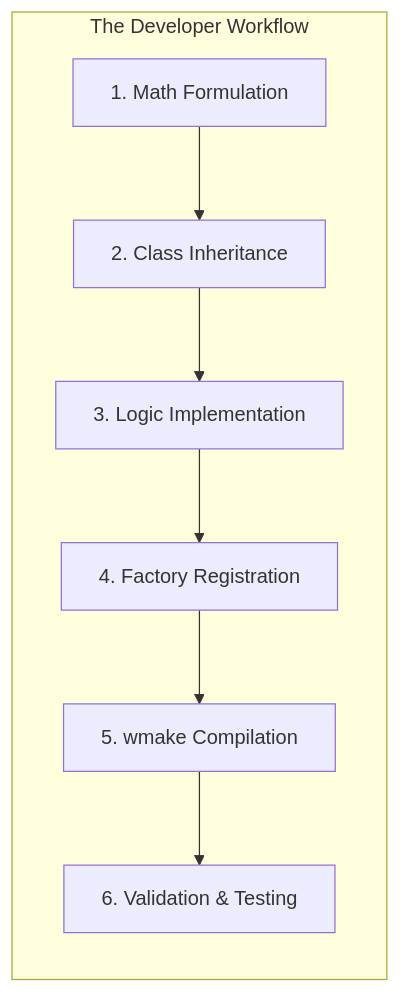
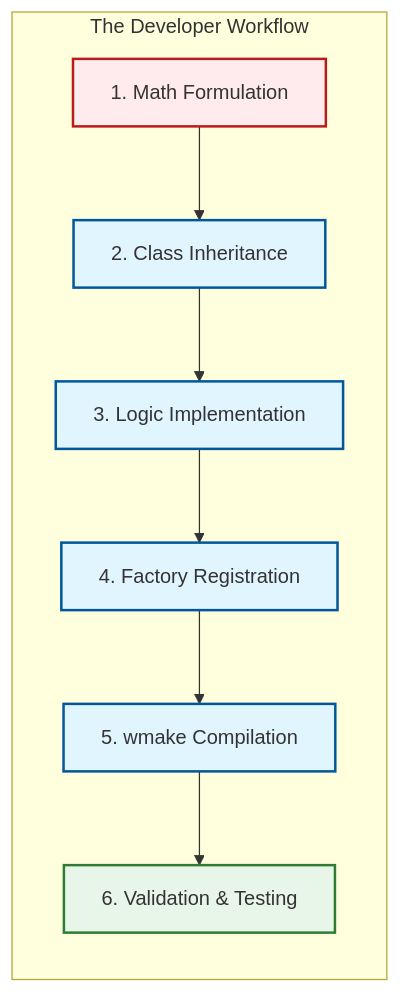
One commit to wramet/build-my-cfd changed the diagram in MODULE_09_ADVANCED_TOPICS/CONTENT/07_PRACTICAL_PROJECT/01_Project_Overview.md. Above: the diagram before and after it, drawn with Mermaid. The commit also changed 313 other files, not shown here.

Commit message:
Revise all diagram

````diff
--- a/MODULE_09_ADVANCED_TOPICS/CONTENT/07_PRACTICAL_PROJECT/01_Project_Overview.md
+++ b/MODULE_09_ADVANCED_TOPICS/CONTENT/07_PRACTICAL_PROJECT/01_Project_Overview.md
@@ -19,17 +19,21 @@
 ```mermaid
 graph LR
-    A[1. Math Formulation] --> B[2. Class Inheritance]
-    B --> C[3. Logic Implementation]
-    C --> D[4. Factory Registration]
-    D --> E[5. wmake Compilation]
-    E --> F[6. Validation & Testing]
-
+    classDef implicit fill:#e1f5fe,stroke:#01579b,stroke-width:2px
+    classDef explicit fill:#ffebee,stroke:#b71c1c,stroke-width:2px
+    classDef success fill:#e8f5e9,stroke:#2e7d32,stroke-width:2px
+    
     subgraph "The Developer Workflow"
-    A
-    B
-    C
-    D
-    E
-    F
+        A[1. Math Formulation]:::explicit
+        B[2. Class Inheritance]:::implicit
+        C[3. Logic Implementation]:::implicit
+        D[4. Factory Registration]:::implicit
+        E[5. wmake Compilation]:::implicit
+        F[6. Validation & Testing]:::success
+        
+        A --> B
+        B --> C
+        C --> D
+        D --> E
+        E --> F
     end
 ```
````
